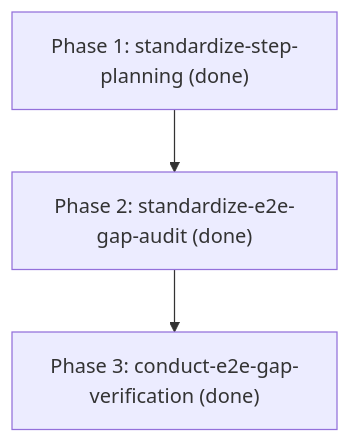
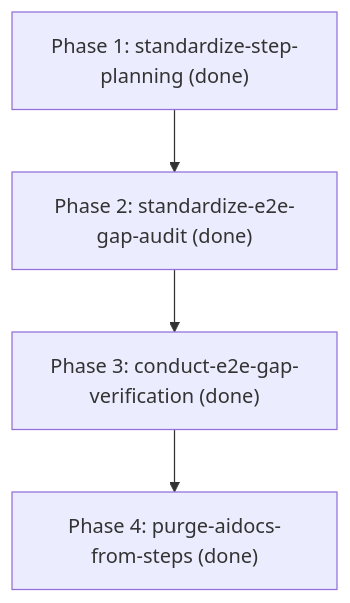
Before and after one commit to xilnick/project-constitution-protocol: the diagram in .plans/PHASES.md, drawn with Mermaid. The commit also changed other lines of this file and 19 other files, not shown here.

Commit message:
feat(steps): purge ai-docs and ground protocol on .pcp and .plans

````diff
--- a/.plans/PHASES.md
+++ b/.plans/PHASES.md
@@ -31,5 +38,6 @@
 ```mermaid
 graph TD
     Phase1["Phase 1: standardize-step-planning (done)"] --> Phase2["Phase 2: standardize-e2e-gap-audit (done)"]
     Phase2 --> Phase3["Phase 3: conduct-e2e-gap-verification (done)"]
+    Phase3 --> Phase4["Phase 4: purge-aidocs-from-steps (done)"]
 ```
````
